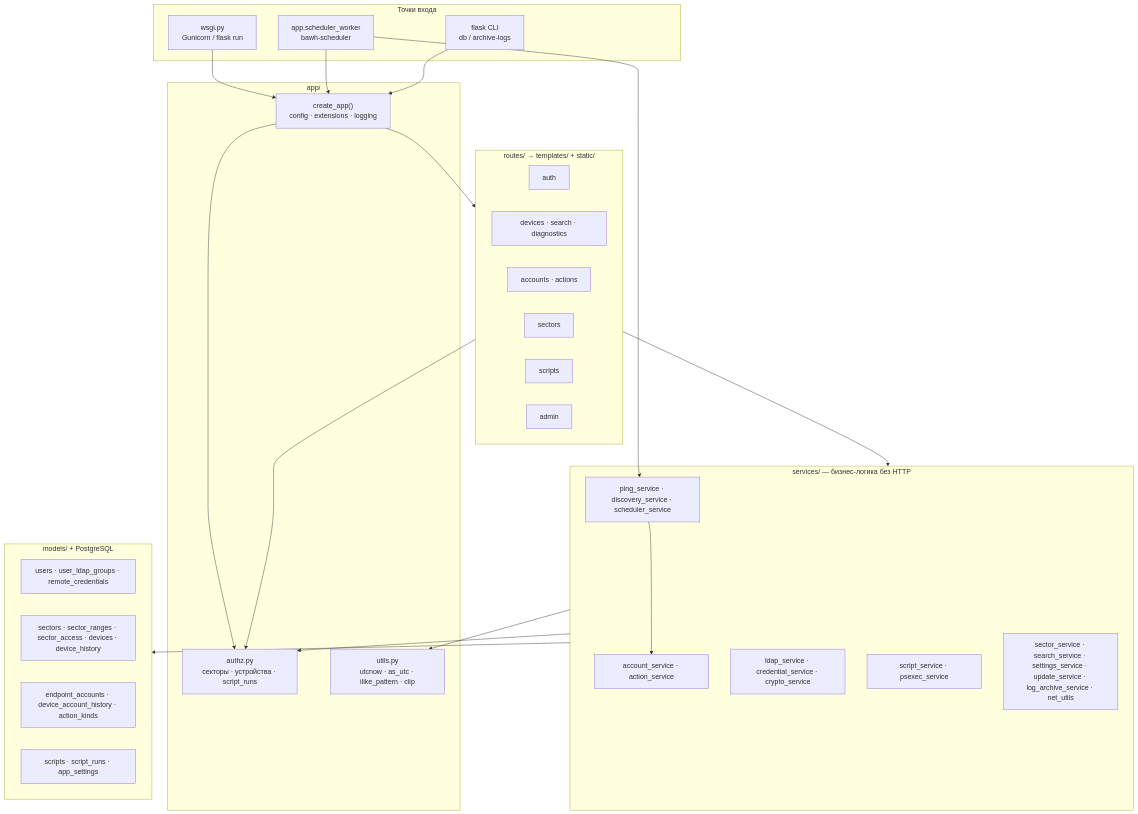
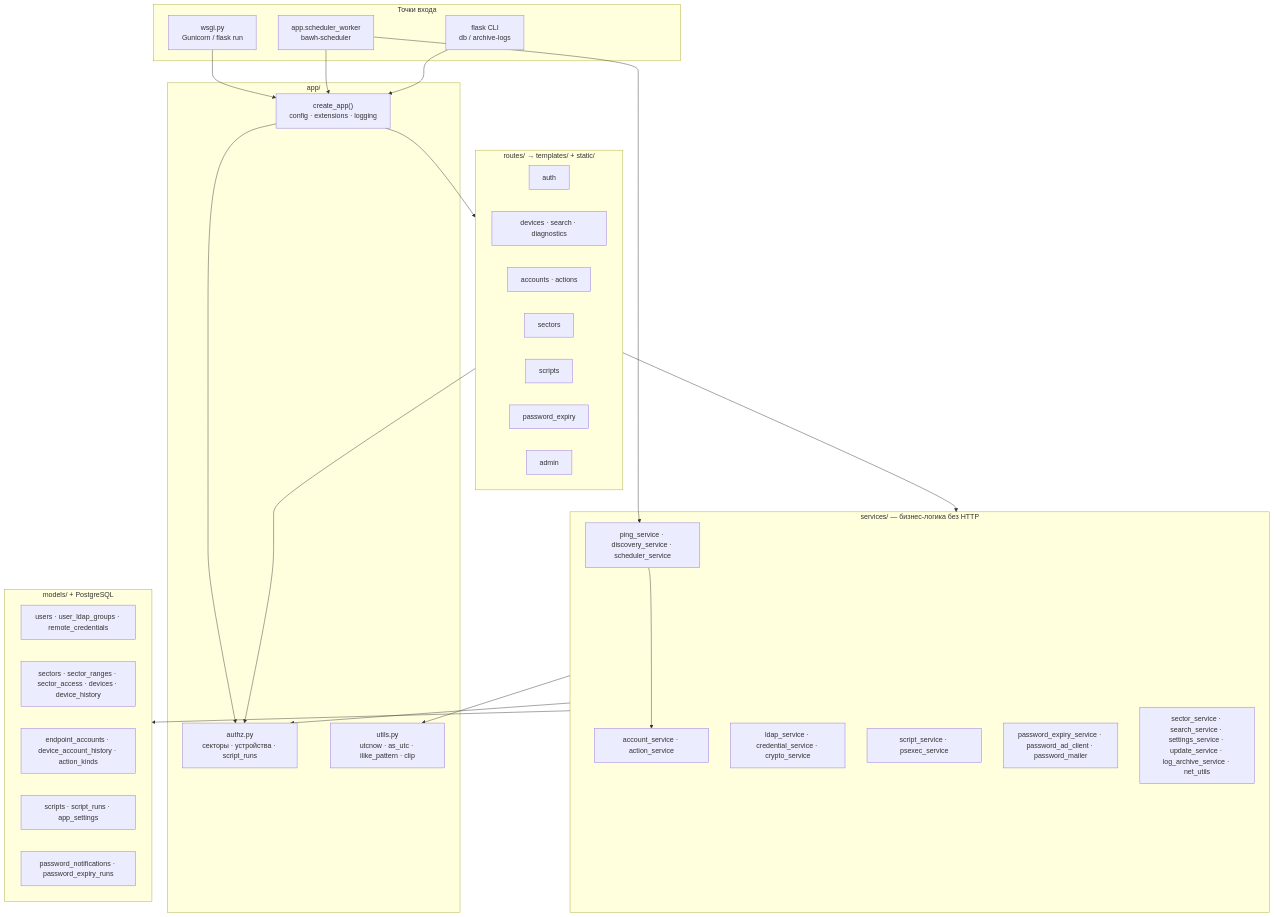
One commit to blazerity/admin-webhelper changed the first of 2 diagrams in docs/ARCHITECTURE.md. Above: the diagram before and after it, drawn with Mermaid. The commit also changed 14 other files, not shown here.

First line of the commit message:
Split password-expiry report into top nav; configure LDAP/SMTP in UI. (#16)

````diff
--- a/docs/ARCHITECTURE.md
+++ b/docs/ARCHITECTURE.md
@@ -7,51 +7,54 @@
 ```mermaid
 flowchart TB
   subgraph entry["Точки входа"]
     WSGI["wsgi.py<br/>Gunicorn / flask run"]
     SCHED["app.scheduler_worker<br/>bawh-scheduler"]
     CLI["flask CLI<br/>db / archive-logs"]
   end
 
   subgraph app_core["app/"]
     CREATE["create_app()<br/>config · extensions · logging"]
     AUTH["authz.py<br/>секторы · устройства · script_runs"]
     UTILS["utils.py<br/>utcnow · as_utc · ilike_pattern · clip"]
   end
 
   subgraph http["routes/ → templates/ + static/"]
     R_AUTH["auth"]
     R_DEV["devices · search · diagnostics"]
     R_ACC["accounts · actions"]
     R_SEC["sectors"]
     R_SCR["scripts"]
+    R_PWD["password_expiry"]
     R_ADM["admin"]
   end
 
   subgraph services["services/ — бизнес-логика без HTTP"]
     S_POLL["ping_service · discovery_service · scheduler_service"]
     S_ACC["account_service · action_service"]
     S_ID["ldap_service · credential_service · crypto_service"]
     S_RUN["script_service · psexec_service"]
+    S_PWD["password_expiry_service · password_ad_client · password_mailer"]
     S_OTH["sector_service · search_service · settings_service · update_service · log_archive_service · net_utils"]
   end
 
   subgraph data["models/ + PostgreSQL"]
     M_USER["users · user_ldap_groups · remote_credentials"]
     M_NET["sectors · sector_ranges · sector_access · devices · device_history"]
     M_ACC["endpoint_accounts · device_account_history · action_kinds"]
     M_SCR["scripts · script_runs · app_settings"]
+    M_PWD["password_notifications · password_expiry_runs"]
   end
 
   WSGI --> CREATE
   SCHED --> CREATE
   CLI --> CREATE
   CREATE --> http
   CREATE --> AUTH
   http --> services
   http --> AUTH
   SCHED --> S_POLL
   services --> data
   services --> AUTH
   services --> UTILS
   S_POLL --> S_ACC
 ```
````
